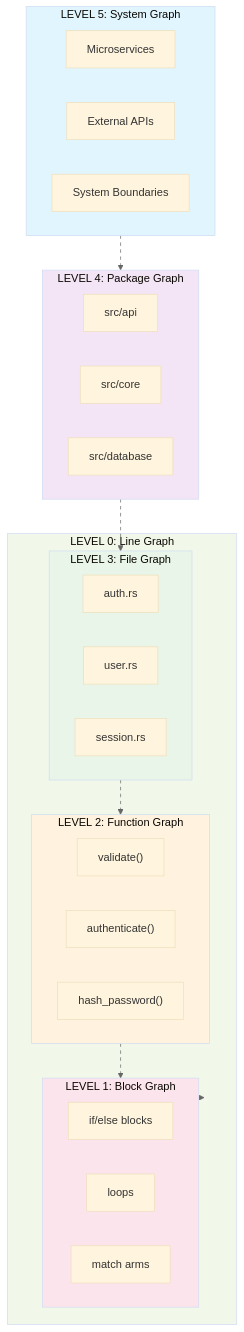
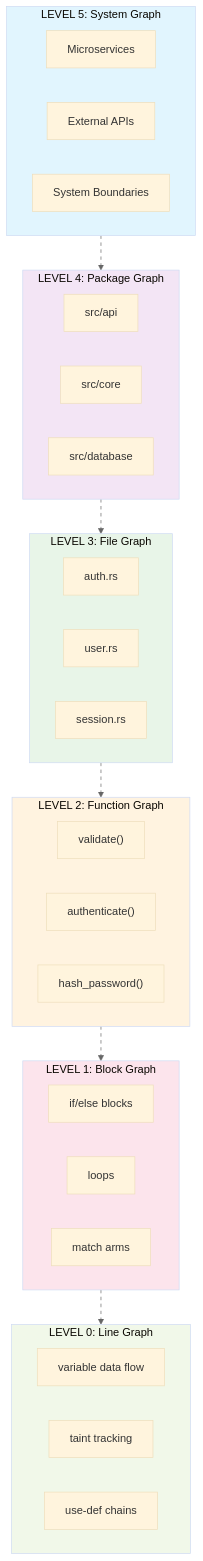
The first of 36 diagrams in repoLevelIdeation/MermaidParseltongue01.md (that-in-rust/transfiguration), drawn with Mermaid (base theme) before and after one commit. The commit also changed other lines of this file, not shown here.

````diff
--- a/repoLevelIdeation/MermaidParseltongue01.md
+++ b/repoLevelIdeation/MermaidParseltongue01.md
@@ -22,53 +22,53 @@
 ```mermaid
 flowchart TD
     subgraph L5["LEVEL 5: System Graph"]
         S1["Microservices"]
         S2["External APIs"]
         S3["System Boundaries"]
     end
     
     subgraph L4["LEVEL 4: Package Graph"]
         P1["src/api"]
         P2["src/core"]
         P3["src/database"]
     end
     
     subgraph L3["LEVEL 3: File Graph"]
         F1["auth.rs"]
         F2["user.rs"]
         F3["session.rs"]
     end
     
     subgraph L2["LEVEL 2: Function Graph"]
         FN1["validate()"]
         FN2["authenticate()"]
         FN3["hash_password()"]
     end
     
     subgraph L1["LEVEL 1: Block Graph"]
         B1["if/else blocks"]
         B2["loops"]
         B3["match arms"]
     end
     
     subgraph L0["LEVEL 0: Line Graph"]
-        L1["variable data flow"]
-        L2["taint tracking"]
-        L3["use-def chains"]
+        L0_1["variable data flow"]
+        L0_2["taint tracking"]
+        L0_3["use-def chains"]
     end
     
     L5 -.-> L4
     L4 -.-> L3
     L3 -.-> L2
     L2 -.-> L1
     L1 -.-> L0
     
     style L5 fill:#e1f5fe
     style L4 fill:#f3e5f5
     style L3 fill:#e8f5e8
     style L2 fill:#fff3e0
     style L1 fill:#fce4ec
     style L0 fill:#f1f8e9
     
     linkStyle 0,1,2,3,4 stroke:#666,stroke-dasharray:5 5,color:#666
 ```
````
